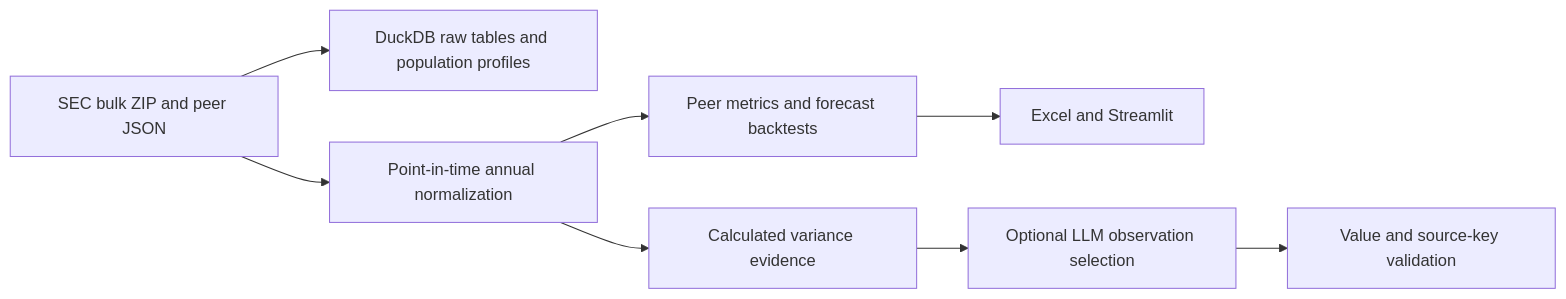
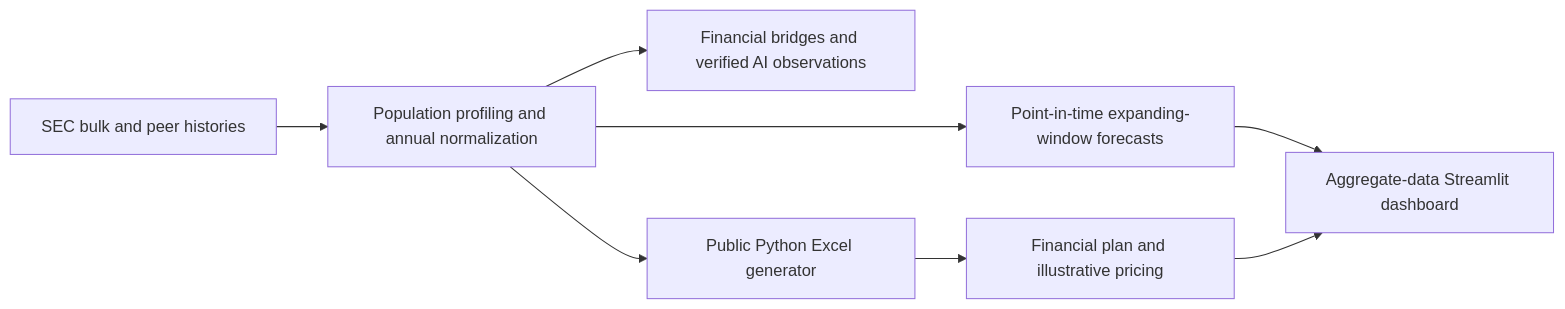
Before and after one commit to Dineshsatti90/saas-finance-intelligence: the diagram in README.md, drawn with Mermaid. The commit also changed other lines of this file and 8 other files, not shown here.

````diff
--- a/README.md
+++ b/README.md
@@ -115,10 +58,10 @@
 ```mermaid
 flowchart LR
- A[SEC bulk ZIP and peer JSON] --> B[DuckDB raw tables and population profiles]
- A --> C[Point-in-time annual normalization]
- C --> D[Peer metrics and forecast backtests]
- D --> E[Excel and Streamlit]
- C --> F[Calculated variance evidence]
- F --> G[Optional LLM observation selection]
- G --> H[Value and source-key validation]
+ A[SEC bulk and peer histories] --> B[Population profiling and annual normalization]
+ B --> C[Point-in-time expanding-window forecasts]
+ B --> D[Financial bridges and verified AI observations]
+ B --> E[Public Python Excel generator]
+ E --> F[Financial plan and illustrative pricing]
+ C --> G[Aggregate-data Streamlit dashboard]
+ F --> G
 ```
````
